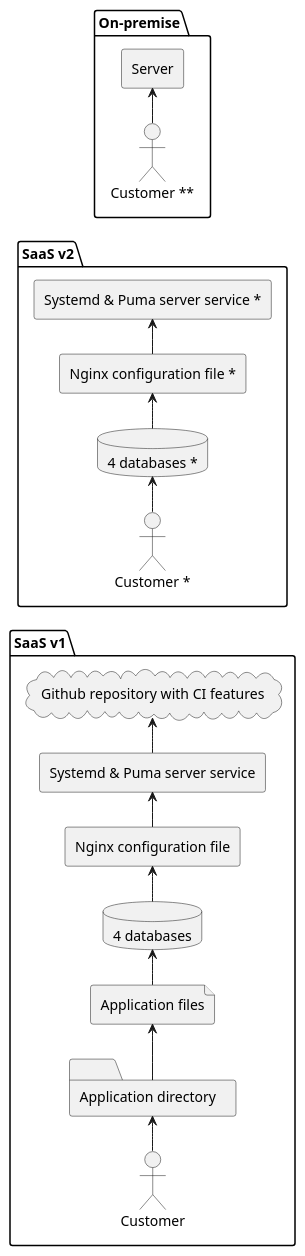
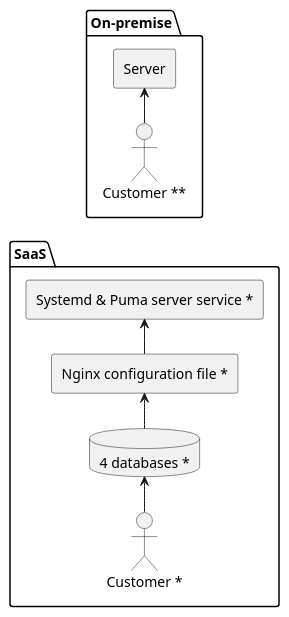
The diagram in docs/architecture.puml (back-office-pro/schematics), drawn with PlantUML before and after one commit.

Commit message:
Edited docs/architecture

```diff
--- a/docs/architecture.puml
+++ b/docs/architecture.puml
@@ -1,32 +1,17 @@
 @startuml
 left to right direction
-package "SaaS v1" {
-    actor "Customer"
-    folder "Application directory"
-    cloud "Github repository with CI features"
-    agent "Systemd & Puma server service"
-    agent "Nginx configuration file"
-    file "Application files"
-    database "4 databases"
-    "Systemd & Puma server service" -> "Github repository with CI features"
-    "Nginx configuration file" -> "Systemd & Puma server service"
-    "4 databases" -> "Nginx configuration file"
-    "Application files" -> "4 databases"
-    "Application directory" -> "Application files"
-    "Customer" -> "Application directory"
-}
-package "SaaS v2" {
+package "SaaS" {
     actor "Customer *"
     agent "Systemd & Puma server service *"
     agent "Nginx configuration file *"
     database "4 databases *"
     "Nginx configuration file *" -> "Systemd & Puma server service *"
     "4 databases *" -> "Nginx configuration file *"
     "Customer *" -> "4 databases *"
 }
 package "On-premise" {
     actor "Customer **"
     agent "Server"
     "Customer **" -> "Server"
 }
 @enduml
```
